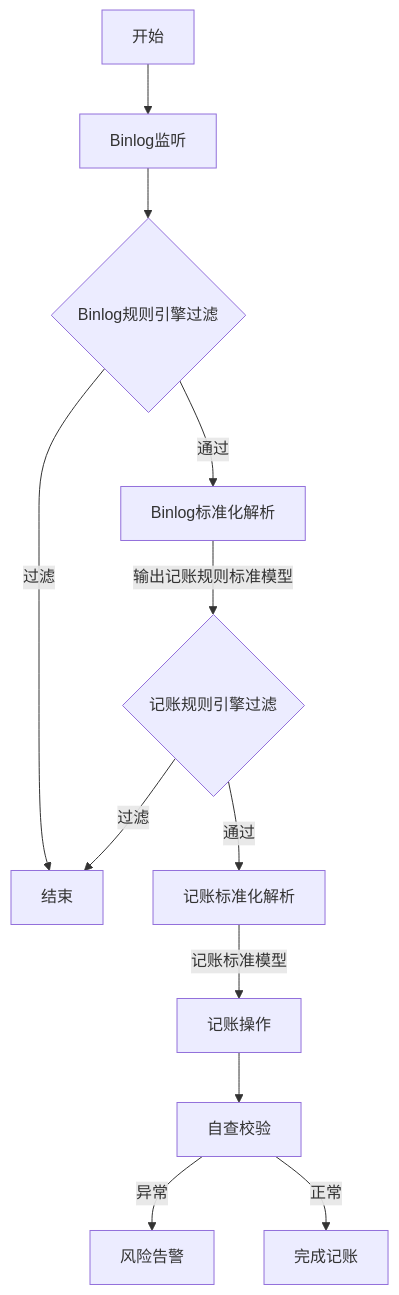
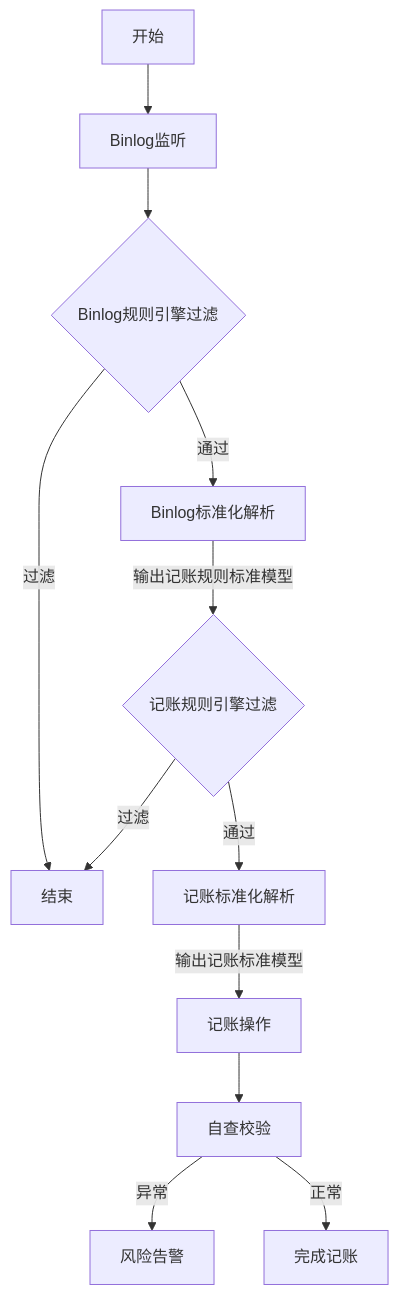
The diagram in all/记账架构流程图.md (87828943/iodraw-files), drawn with Mermaid before and after one commit.

Commit message:
2025-07-07 14:55:51 update

````diff
--- a/all/记账架构流程图.md
+++ b/all/记账架构流程图.md
@@ -1,14 +1,14 @@
 ```mermaid
 graph TD
     Z[开始] --> A
     A[Binlog监听] --> B{Binlog规则引擎过滤}
     B -->|通过| C[Binlog标准化解析]
     B -->|过滤| K[结束]
     C --> |输出记账规则标准模型|D{记账规则引擎过滤}
     D --> |通过|E[记账标准化解析]
     D --> |过滤|K
-    E --> |记账标准模型|F[记账操作]
+    E --> |输出记账标准模型|F[记账操作]
     F --> G[自查校验]
     G -->|异常| H[风险告警]
     G -->|正常| I[完成记账]
 ```
````
